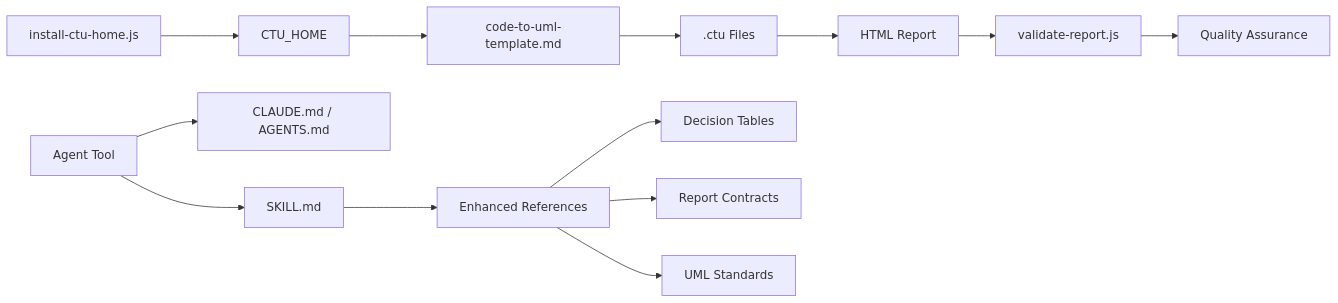
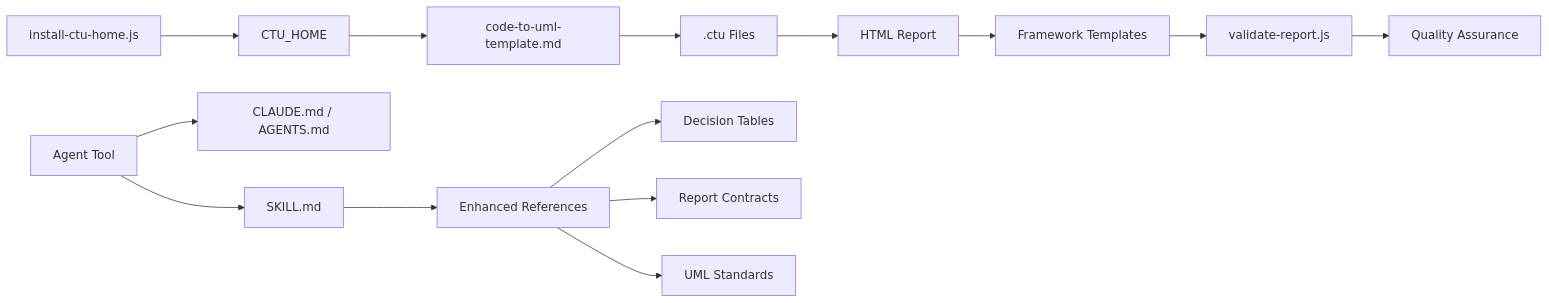
The eighth of 8 diagrams in .qoder/repowiki/en/content/AI Agent Integration/AI Agent Integration.md (pingwurth/code-to-uml), drawn with Mermaid before and after one commit. The commit also changed other lines of this file and 48 other files, not shown here.

````diff
--- a/.qoder/repowiki/en/content/AI Agent Integration/AI Agent Integration.md
+++ b/.qoder/repowiki/en/content/AI Agent Integration/AI Agent Integration.md
@@ -447,15 +522,16 @@
 ```mermaid
 graph LR
 Agent["Agent Tool"] --> SKILL["SKILL.md"]
 Agent --> Guides["CLAUDE.md / AGENTS.md"]
 Installer["install-ctu-home.js"] --> Env["CTU_HOME"]
 Env --> Template["code-to-uml-template.md"]
 Template --> Data[".ctu Files"]
 Data --> HTML["HTML Report"]
-HTML --> Validator["validate-report.js"]
+HTML --> Framework["Framework Templates"]
+Framework --> Validator["validate-report.js"]
 Validator --> Quality["Quality Assurance"]
 SKILL --> References["Enhanced References"]
 References --> Decision["Decision Tables"]
 References --> Contract["Report Contracts"]
 References --> Standards["UML Standards"]
 ```
````
